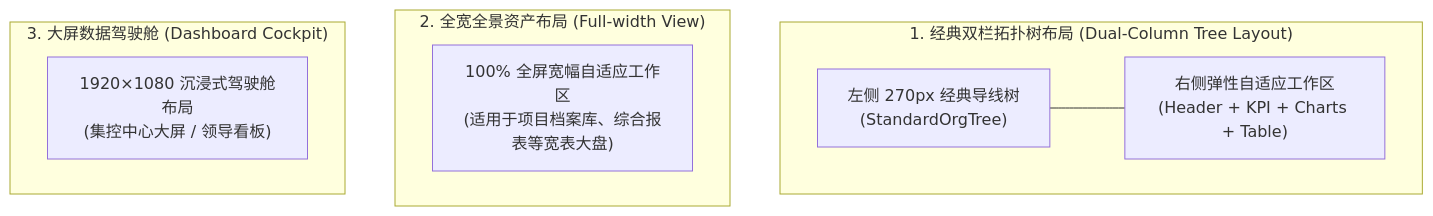
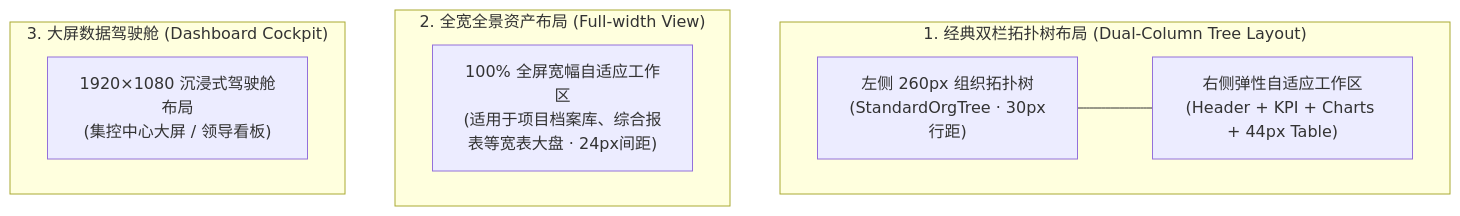
One commit to wl4602139/tbdg-system changed the diagram in 开发手册/05_前端开发手册与组件规范.md. Above: the diagram before and after it, drawn with Mermaid. The commit also changed other lines of this file and 268 other files, not shown here.

````diff
--- a/开发手册/05_前端开发手册与组件规范.md
+++ b/开发手册/05_前端开发手册与组件规范.md
@@ -84,16 +112,16 @@
 ```mermaid
 graph TD
     subgraph Arch1["1. 经典双栏拓扑树布局 (Dual-Column Tree Layout)"]
-        Tree["左侧 270px 经典导线树<br/>(StandardOrgTree)"]
-        Work1["右侧弹性自适应工作区<br/>(Header + KPI + Charts + Table)"]
+        Tree["左侧 260px 组织拓扑树<br/>(StandardOrgTree · 30px行距)"]
+        Work1["右侧弹性自适应工作区<br/>(Header + KPI + Charts + 44px Table)"]
         Tree --- Work1
     end
 
     subgraph Arch2["2. 全宽全景资产布局 (Full-width View)"]
-        Work2["100% 全屏宽幅自适应工作区<br/>(适用于项目档案库、综合报表等宽表大盘)"]
+        Work2["100% 全屏宽幅自适应工作区<br/>(适用于项目档案库、综合报表等宽表大盘 · 24px间距)"]
     end
 
     subgraph Arch3["3. 大屏数据驾驶舱 (Dashboard Cockpit)"]
         Work3["1920×1080 沉浸式驾驶舱布局<br/>(集控中心大屏 / 领导看板)"]
     end
 ```
````
